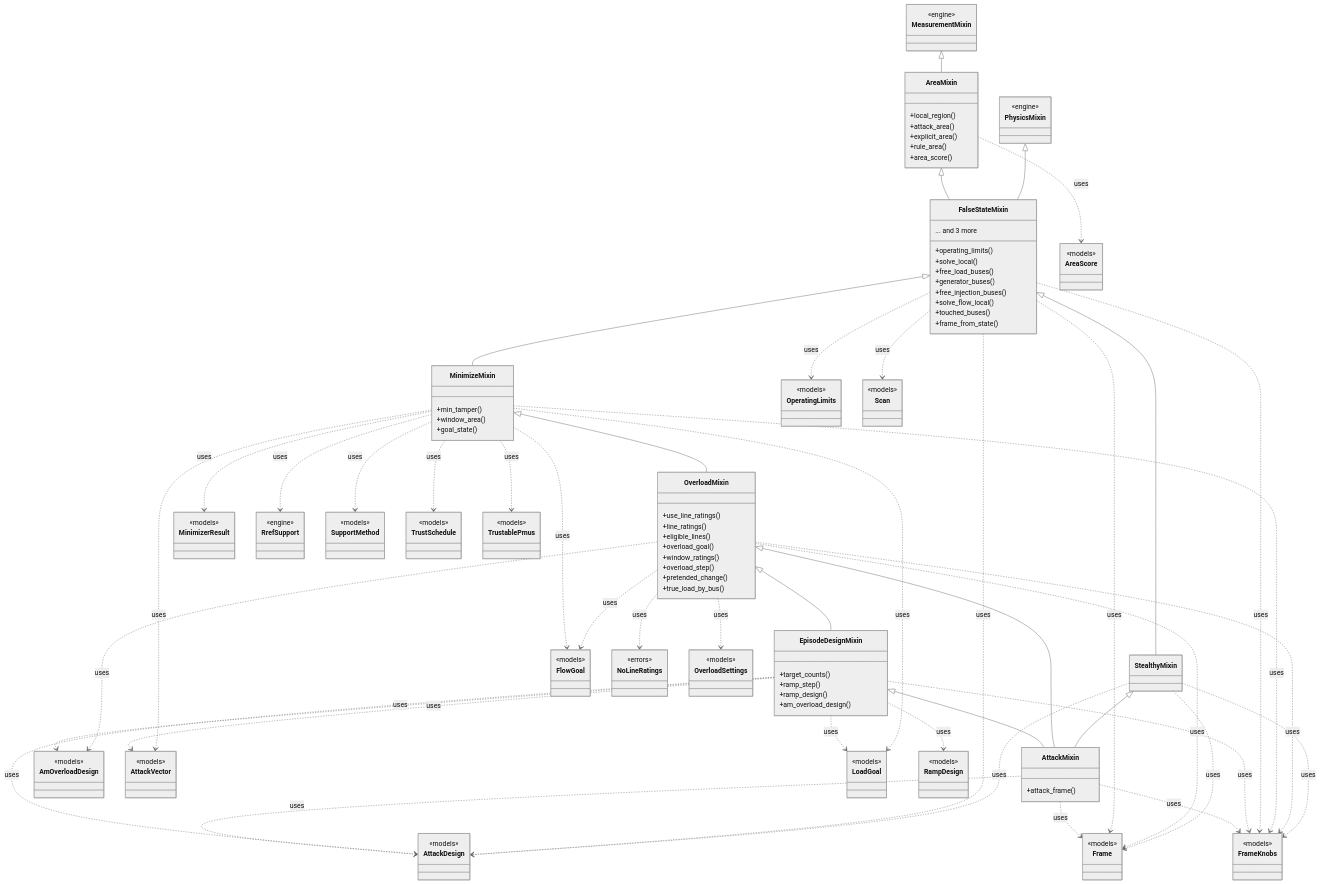
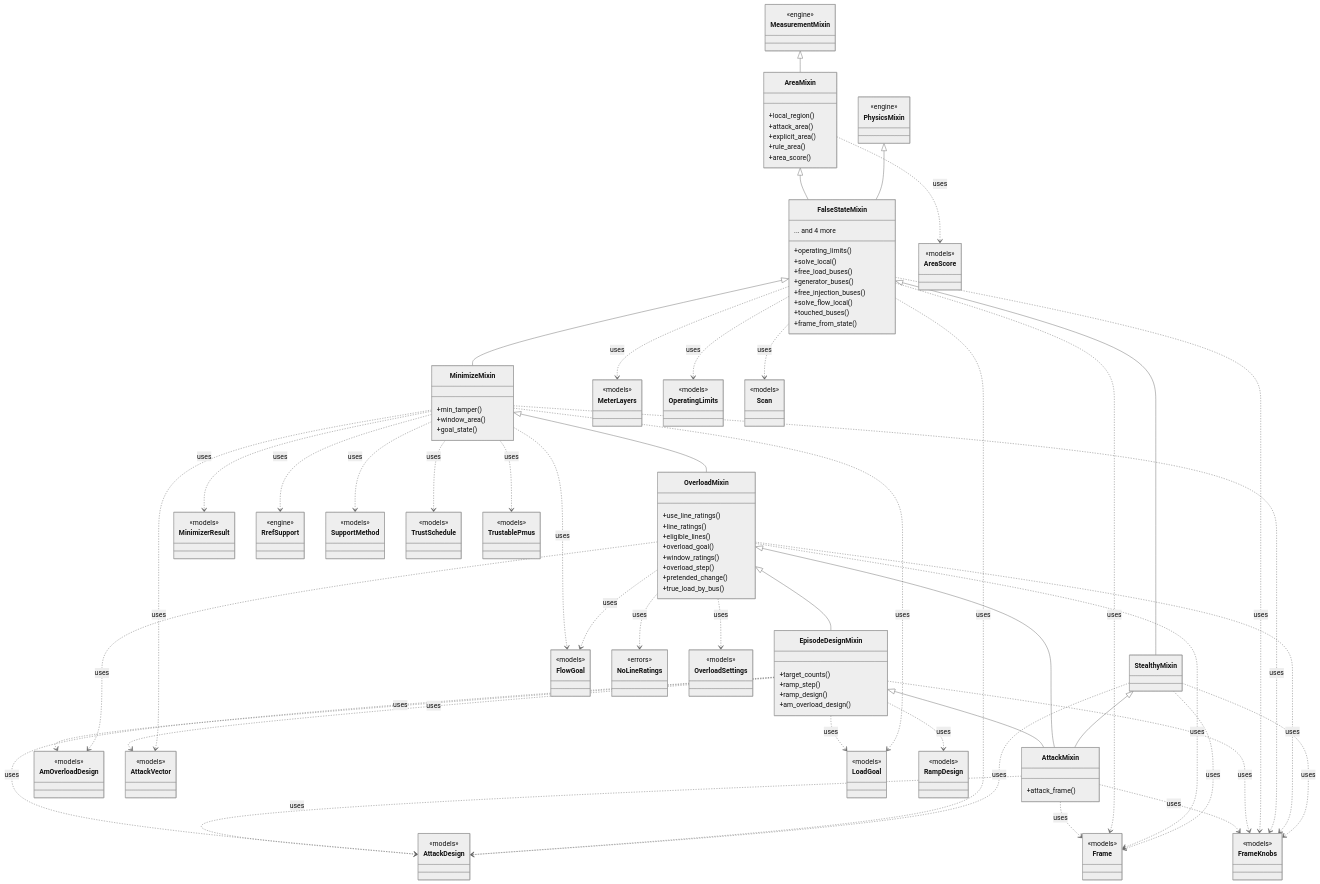
One commit to myersben9/fdia-graph changed the diagram in docs/figures/diagrams/classes_attacks.mmd. Above: the diagram before and after it, drawn with Mermaid (neutral theme). The commit also changed 50 other files, not shown here.

```diff
--- a/docs/figures/diagrams/classes_attacks.mmd
+++ b/docs/figures/diagrams/classes_attacks.mmd
@@ -1,148 +1,152 @@
 classDiagram
     class AreaMixin {
         +local_region()
         +attack_area()
         +explicit_area()
         +rule_area()
         +area_score()
     }
     class FalseStateMixin {
         +operating_limits()
         +solve_local()
         +free_load_buses()
         +generator_buses()
         +free_injection_buses()
         +solve_flow_local()
         +touched_buses()
         +frame_from_state()
-        ... and 3 more
+        ... and 4 more
     }
     class MinimizeMixin {
         +min_tamper()
         +window_area()
         +goal_state()
     }
     class OverloadMixin {
         +use_line_ratings()
         +line_ratings()
         +eligible_lines()
         +overload_goal()
         +window_ratings()
         +overload_step()
         +pretended_change()
         +true_load_by_bus()
     }
     class StealthyMixin {
     }
     class EpisodeDesignMixin {
         +target_counts()
         +ramp_step()
         +ramp_design()
         +am_overload_design()
     }
     class AttackMixin {
         +attack_frame()
     }
     class AmOverloadDesign {
         <<models>>
     }
     class AreaScore {
         <<models>>
     }
     class AttackDesign {
         <<models>>
     }
     class AttackVector {
         <<models>>
     }
     class FlowGoal {
         <<models>>
     }
     class Frame {
         <<models>>
     }
     class FrameKnobs {
         <<models>>
     }
     class LoadGoal {
         <<models>>
     }
     class MeasurementMixin {
         <<engine>>
+    }
+    class MeterLayers {
+        <<models>>
     }
     class MinimizerResult {
         <<models>>
     }
     class NoLineRatings {
         <<errors>>
     }
     class OperatingLimits {
         <<models>>
     }
     class OverloadSettings {
         <<models>>
     }
     class PhysicsMixin {
         <<engine>>
     }
     class RampDesign {
         <<models>>
     }
     class RrefSupport {
         <<engine>>
     }
     class Scan {
         <<models>>
     }
     class SupportMethod {
         <<models>>
     }
     class TrustSchedule {
         <<models>>
     }
     class TrustablePmus {
         <<models>>
     }
     AreaMixin <|-- FalseStateMixin
     EpisodeDesignMixin <|-- AttackMixin
     FalseStateMixin <|-- MinimizeMixin
     FalseStateMixin <|-- StealthyMixin
     MeasurementMixin <|-- AreaMixin
     MinimizeMixin <|-- OverloadMixin
     OverloadMixin <|-- AttackMixin
     OverloadMixin <|-- EpisodeDesignMixin
     PhysicsMixin <|-- FalseStateMixin
     StealthyMixin <|-- AttackMixin
     AreaMixin ..> AreaScore : uses
     AttackMixin ..> AttackDesign : uses
     AttackMixin ..> Frame : uses
     AttackMixin ..> FrameKnobs : uses
     EpisodeDesignMixin ..> AmOverloadDesign : uses
     EpisodeDesignMixin ..> AttackDesign : uses
     EpisodeDesignMixin ..> AttackVector : uses
     EpisodeDesignMixin ..> FrameKnobs : uses
     EpisodeDesignMixin ..> LoadGoal : uses
     EpisodeDesignMixin ..> RampDesign : uses
     FalseStateMixin ..> AttackDesign : uses
     FalseStateMixin ..> Frame : uses
     FalseStateMixin ..> FrameKnobs : uses
+    FalseStateMixin ..> MeterLayers : uses
     FalseStateMixin ..> OperatingLimits : uses
     FalseStateMixin ..> Scan : uses
     MinimizeMixin ..> AttackVector : uses
     MinimizeMixin ..> FlowGoal : uses
     MinimizeMixin ..> FrameKnobs : uses
     MinimizeMixin ..> LoadGoal : uses
     MinimizeMixin ..> MinimizerResult : uses
     MinimizeMixin ..> RrefSupport : uses
     MinimizeMixin ..> SupportMethod : uses
     MinimizeMixin ..> TrustSchedule : uses
     MinimizeMixin ..> TrustablePmus : uses
     OverloadMixin ..> AmOverloadDesign : uses
     OverloadMixin ..> FlowGoal : uses
     OverloadMixin ..> Frame : uses
     OverloadMixin ..> FrameKnobs : uses
     OverloadMixin ..> NoLineRatings : uses
     OverloadMixin ..> OverloadSettings : uses
     StealthyMixin ..> AttackDesign : uses
     StealthyMixin ..> Frame : uses
     StealthyMixin ..> FrameKnobs : uses
```
